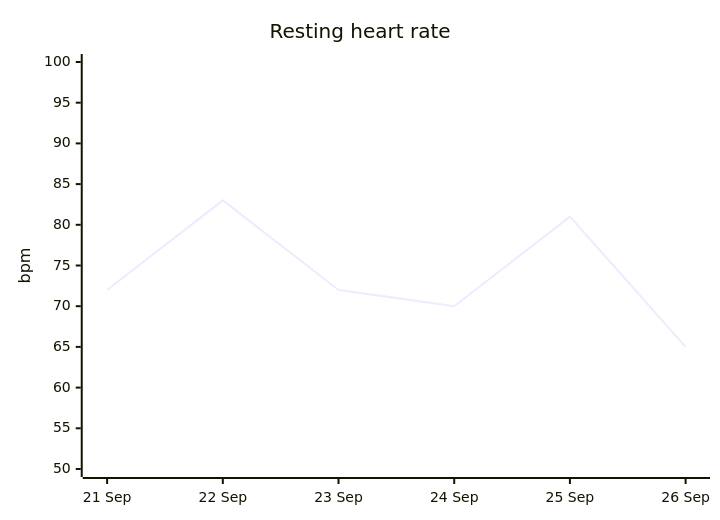
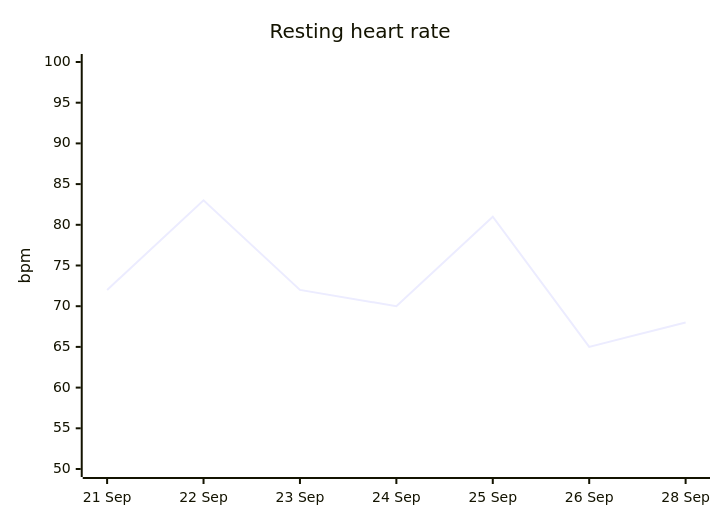
One commit to eshwarpotturi/hr-mon changed the fourth of 4 diagrams in reports/README.md. Above: the diagram before and after it, drawn with Mermaid. The commit also changed other lines of this file and 5 other files, not shown here.

````diff
--- a/reports/README.md
+++ b/reports/README.md
@@ -64,7 +64,7 @@
 ```mermaid
 xychart-beta
     title "Resting heart rate"
-    x-axis ["21 Sep", "22 Sep", "23 Sep", "24 Sep", "25 Sep", "26 Sep"]
+    x-axis ["21 Sep", "22 Sep", "23 Sep", "24 Sep", "25 Sep", "26 Sep", "28 Sep"]
     y-axis "bpm" 50 --> 100
-    line [72, 83, 72, 70, 81, 65]
+    line [72, 83, 72, 70, 81, 65, 68]
 ```
````
